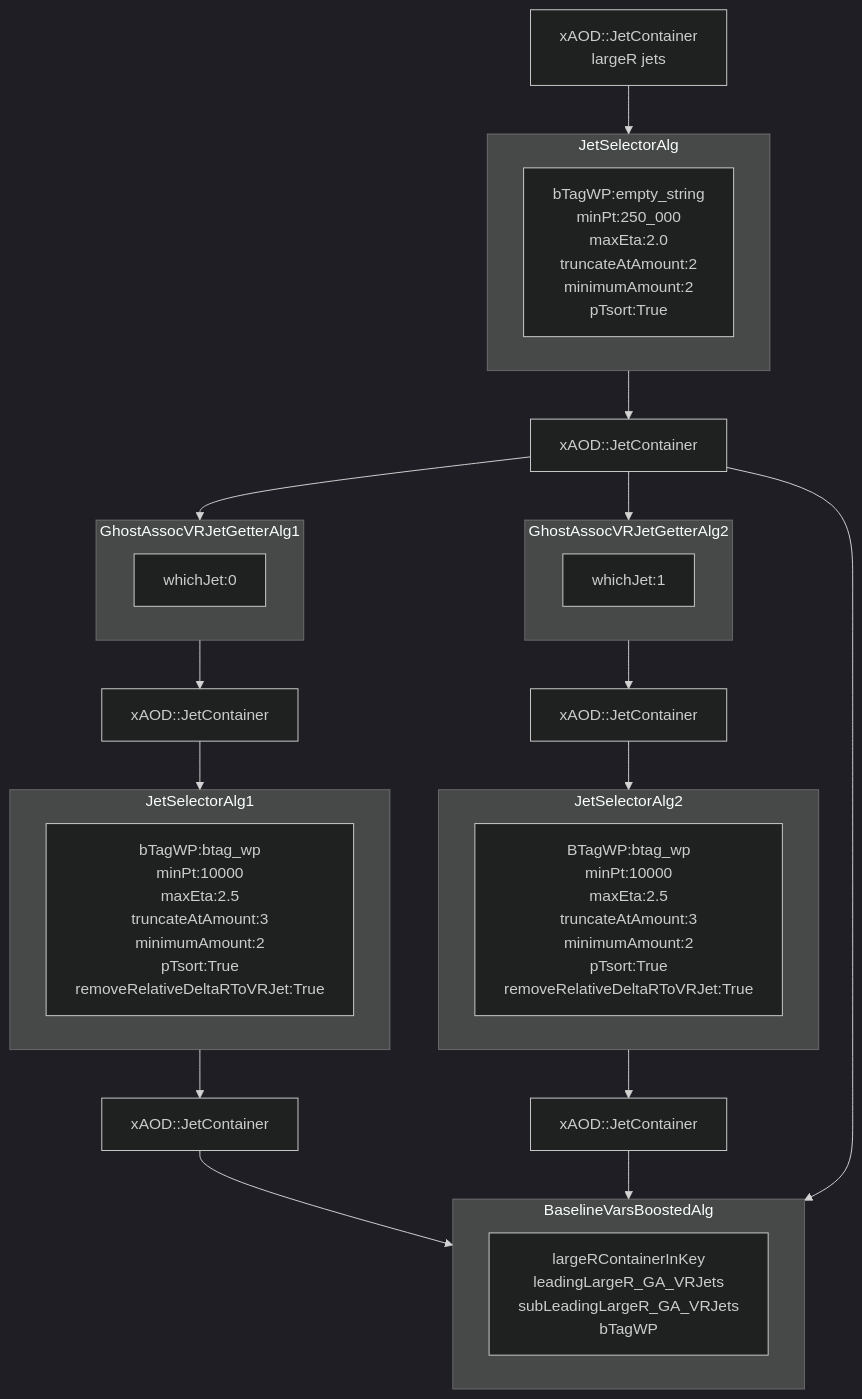
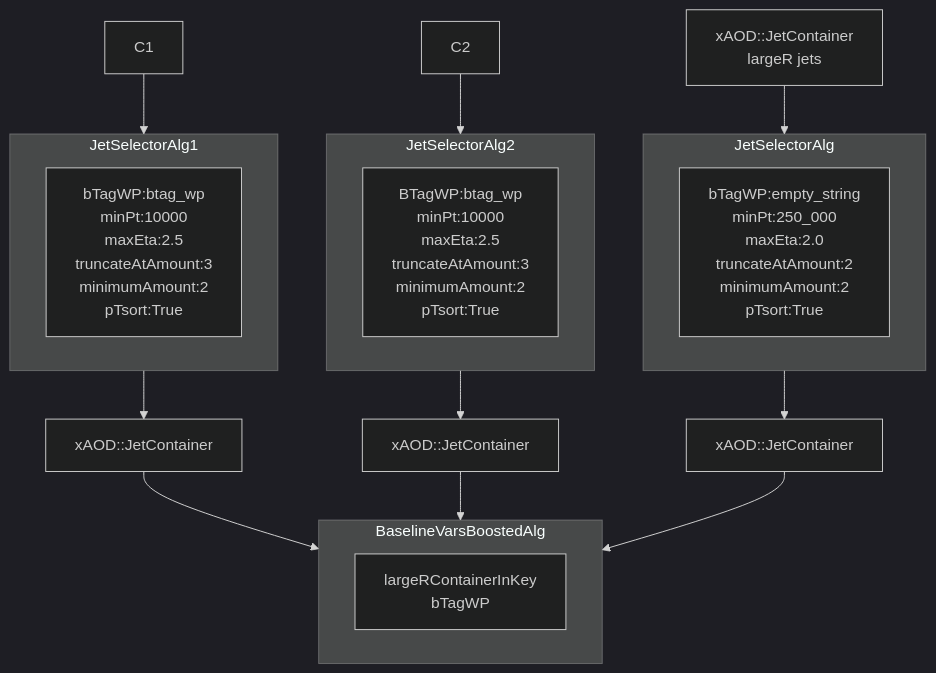
One commit to alessio94/easyjet-leptons-met changed the second of 2 diagrams in bbbbAnalysis/docs/DiHiggsChain.md. Above: the diagram before and after it, drawn with Mermaid (dark theme). The commit also changed 22 other files, not shown here.

````diff
--- a/bbbbAnalysis/docs/DiHiggsChain.md
+++ b/bbbbAnalysis/docs/DiHiggsChain.md
@@ -29,38 +29,28 @@
 ```mermaid
 
 flowchart TB
 A[xAOD::JetContainer\n largeR jets] --> JetSelectorAlg
 subgraph JetSelectorAlg
    bTagWP:empty_string\nminPt:250_000\nmaxEta:2.0\ntruncateAtAmount:2\nminimumAmount:2\npTsort:True
 end
 
 JetSelectorAlg --> B[xAOD::JetContainer]
-B[xAOD::JetContainer]-->GhostAssocVRJetGetterAlg1
-subgraph GhostAssocVRJetGetterAlg1
-   whichJet:0
-end
 
-GhostAssocVRJetGetterAlg1 --> C1[xAOD::JetContainer]
 C1 --> JetSelectorAlg1
 subgraph JetSelectorAlg1
-   bTagWP:btag_wp\nminPt:10000\nmaxEta:2.5\ntruncateAtAmount:3\nminimumAmount:2\npTsort:True\nremoveRelativeDeltaRToVRJet:True 
+   bTagWP:btag_wp\nminPt:10000\nmaxEta:2.5\ntruncateAtAmount:3\nminimumAmount:2\npTsort:True
 end
 JetSelectorAlg1 --> D1[xAOD::JetContainer]
 D1-->BaselineVarsBoostedAlg
 
-B[xAOD::JetContainer]-->GhostAssocVRJetGetterAlg2
-subgraph GhostAssocVRJetGetterAlg2
-   whichJet:1
-end
-GhostAssocVRJetGetterAlg2 --> C2[xAOD::JetContainer]
 C2 --> JetSelectorAlg2
 subgraph JetSelectorAlg2
-   BTagWP:btag_wp\nminPt:10000\nmaxEta:2.5\ntruncateAtAmount:3\nminimumAmount:2\npTsort:True\nremoveRelativeDeltaRToVRJet:True 
+   BTagWP:btag_wp\nminPt:10000\nmaxEta:2.5\ntruncateAtAmount:3\nminimumAmount:2\npTsort:True
 end
 JetSelectorAlg2 --> D2[xAOD::JetContainer]
 D2-->BaselineVarsBoostedAlg
 B-->BaselineVarsBoostedAlg
 subgraph BaselineVarsBoostedAlg
-   largeRContainerInKey\nleadingLargeR_GA_VRJets\nsubLeadingLargeR_GA_VRJets\nbTagWP
+   largeRContainerInKey\nbTagWP
 end
 ```
````
